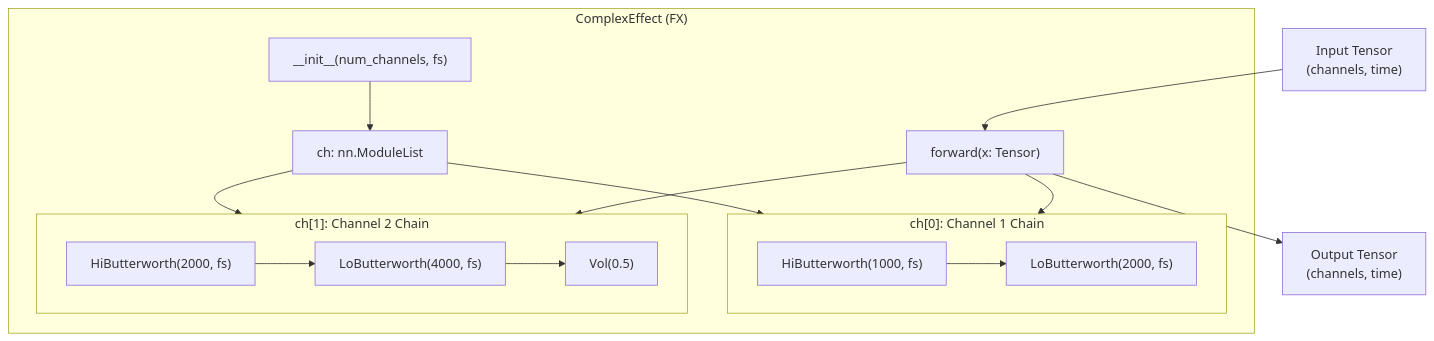
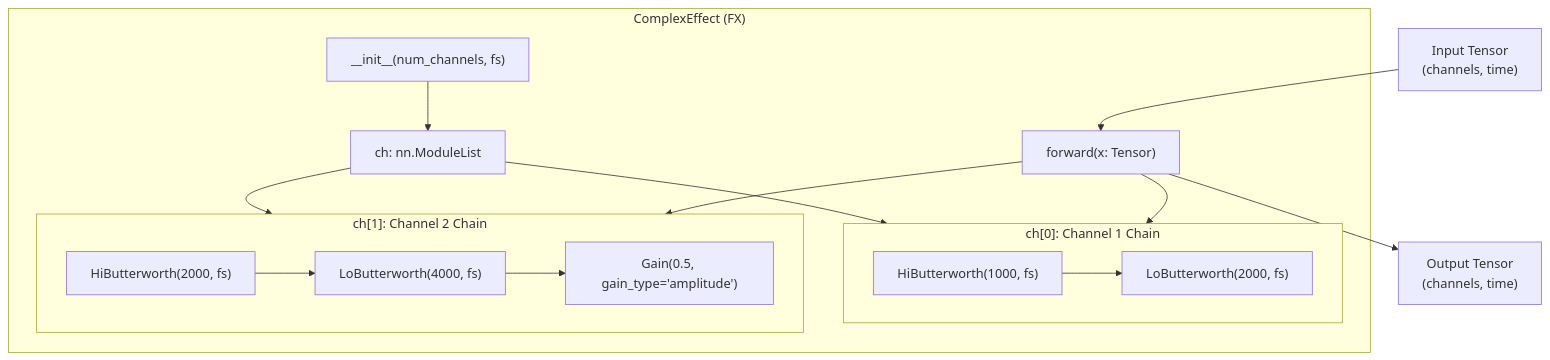
One commit to matteospanio/torchfx changed the fourth of 5 diagrams in docs/source/guides/tutorials/custom-effects.md. Above: the diagram before and after it, drawn with Mermaid. The commit also changed other lines of this file and 14 other files, not shown here.

````diff
--- a/docs/source/guides/tutorials/custom-effects.md
+++ b/docs/source/guides/tutorials/custom-effects.md
@@ -498,30 +498,30 @@
 ```{mermaid}
 graph TB
     subgraph ComplexEffect["ComplexEffect (FX)"]
         Init["__init__(num_channels, fs)"]
         Forward["forward(x: Tensor)"]
         ModuleList["ch: nn.ModuleList"]
 
         subgraph Channel1["ch[0]: Channel 1 Chain"]
             HiButter1["HiButterworth(1000, fs)"]
             LoButter1["LoButterworth(2000, fs)"]
             HiButter1 --> LoButter1
         end
 
         subgraph Channel2["ch[1]: Channel 2 Chain"]
             HiButter2["HiButterworth(2000, fs)"]
             LoButter2["LoButterworth(4000, fs)"]
-            Vol["Vol(0.5)"]
-            HiButter2 --> LoButter2 --> Vol
+            Gain["Gain(0.5, gain_type='amplitude')"]
+            HiButter2 --> LoButter2 --> Gain
         end
 
         Init --> ModuleList
         ModuleList --> Channel1
         ModuleList --> Channel2
         Forward --> Channel1
         Forward --> Channel2
     end
 
     Input["Input Tensor<br/>(channels, time)"] --> Forward
     Forward --> Output["Output Tensor<br/>(channels, time)"]
 ```
````
